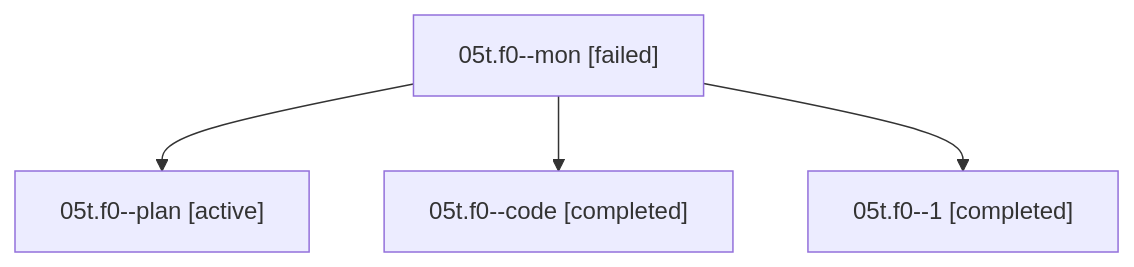
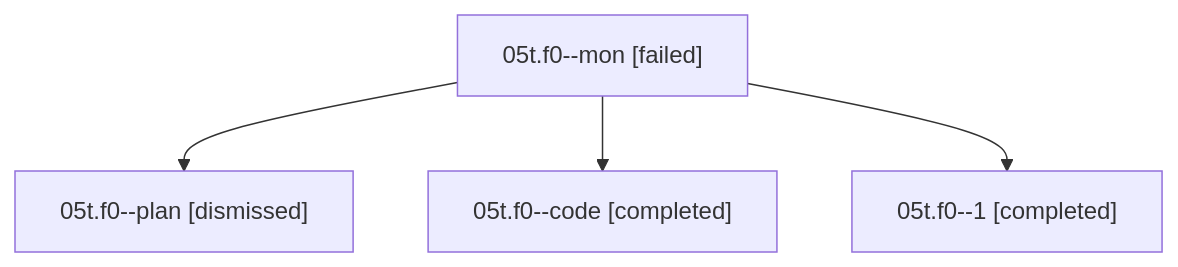
One commit to sase-org/sase--agents changed the diagram in sessions/bbugyi200.athena.05t.f0.md. Above: the diagram before and after it, drawn with Mermaid. The commit also changed other lines of this file and 43 other files, not shown here.

````diff
--- a/sessions/bbugyi200.athena.05t.f0.md
+++ b/sessions/bbugyi200.athena.05t.f0.md
@@ -9,10 +9,10 @@
 ```mermaid
 flowchart TD
   n0["05t.f0--mon [failed]"]
-  n1["05t.f0--plan [active]"]
+  n1["05t.f0--plan [dismissed]"]
   n0 --> n1
   n2["05t.f0--code [completed]"]
   n0 --> n2
   n3["05t.f0--1 [completed]"]
   n0 --> n3
 ```
````
